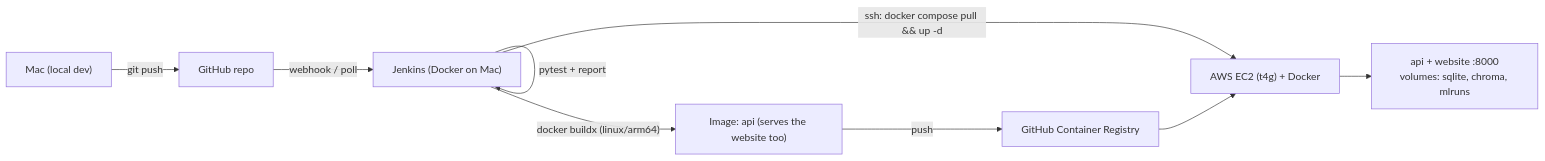
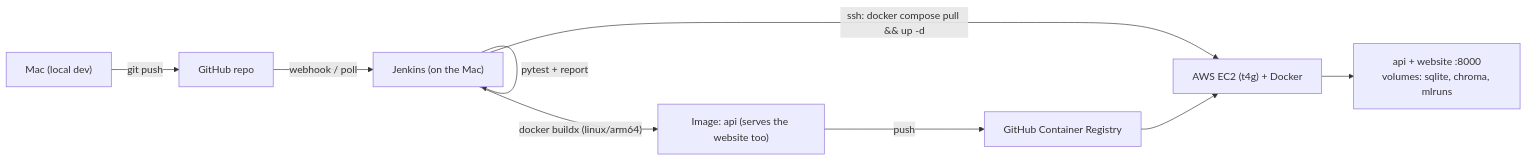
Before and after one commit to ShubhranshuVerma/NutriChef_AI: the sixth of 6 diagrams in docs/architecture.md, drawn with Mermaid. The commit also changed other lines of this file and 9 other files, not shown here.

````diff
--- a/docs/architecture.md
+++ b/docs/architecture.md
@@ -432,11 +458,11 @@
 ```mermaid
 flowchart LR
     Dev["Mac (local dev)"] -->|"git push"| GH["GitHub repo"]
-    GH -->|"webhook / poll"| J["Jenkins (Docker on Mac)"]
+    GH -->|"webhook / poll"| J["Jenkins (on the Mac)"]
     J -->|"pytest + report"| J
     J -->|"docker buildx (linux/arm64)"| IMG["Image: api (serves the website too)"]
     IMG -->|"push"| REG["GitHub Container Registry"]
     J -->|"ssh: docker compose pull && up -d"| EC2["AWS EC2 (t4g) + Docker"]
     REG --> EC2
     EC2 --> APP["api + website :8000<br/>volumes: sqlite, chroma, mlruns"]
 ```
````
